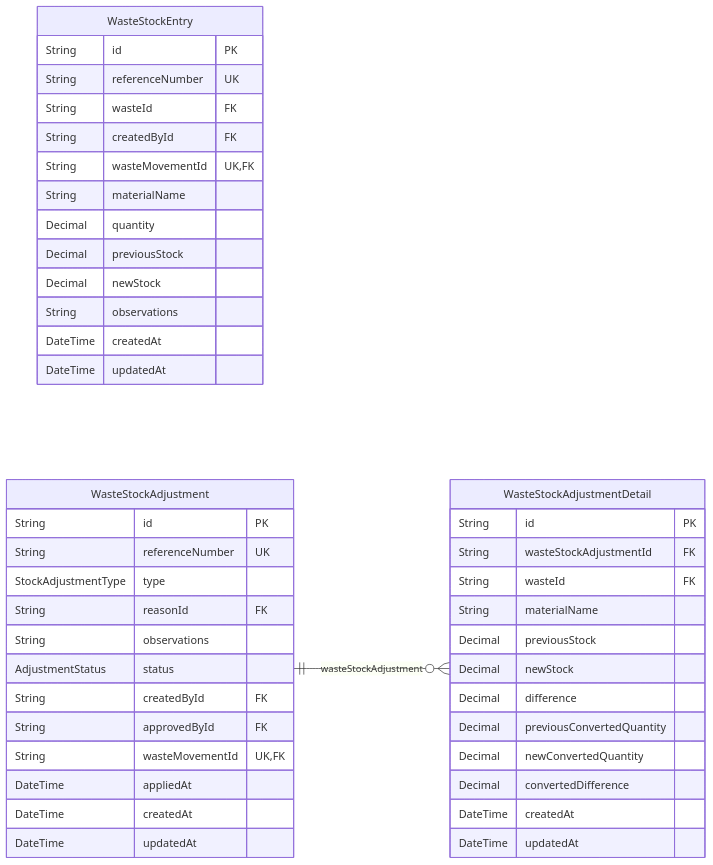
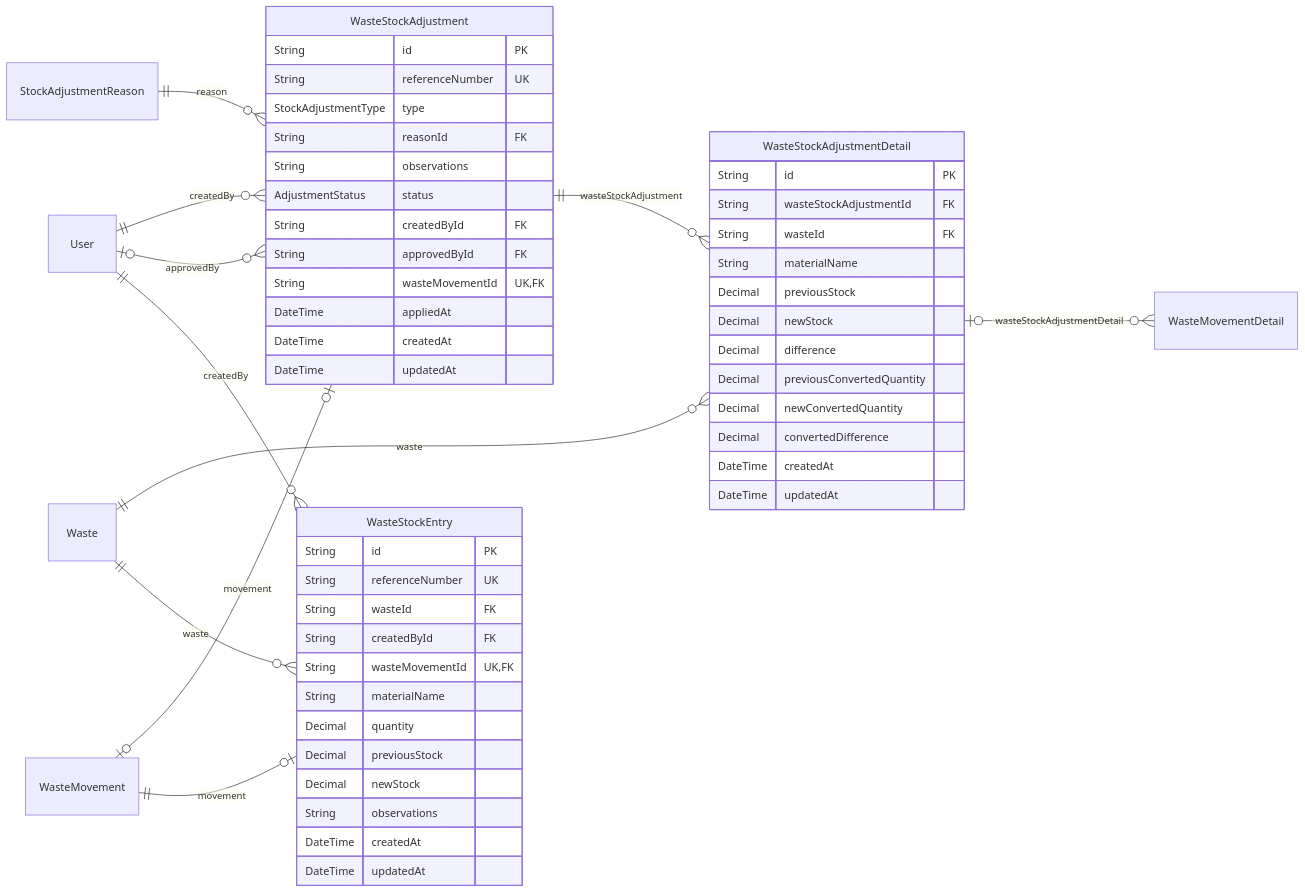
One commit to gpgsistemas01/nexus changed diagram 14 of 26 in docs/architecture/views/logical/data-and-persistence/generated/database-schema.md. Above: the diagram before and after it, drawn with Mermaid. The commit also changed other lines of this file and 3 other files, not shown here.

Commit message:
docs: corregir relaciones del ER y retirar capturas pendientes

````diff
--- a/docs/architecture/views/logical/data-and-persistence/generated/database-schema.md
+++ b/docs/architecture/views/logical/data-and-persistence/generated/database-schema.md
@@ -517,47 +661,56 @@
 ```mermaid
 erDiagram
     direction LR
     WasteStockEntry {
         String id PK
         String referenceNumber UK
         String wasteId FK
         String createdById FK
         String wasteMovementId UK,FK
         String materialName
         Decimal quantity
         Decimal previousStock
         Decimal newStock
         String observations
         DateTime createdAt
         DateTime updatedAt
     }
     WasteStockAdjustment {
         String id PK
         String referenceNumber UK
         StockAdjustmentType type
         String reasonId FK
         String observations
         AdjustmentStatus status
         String createdById FK
         String approvedById FK
         String wasteMovementId UK,FK
         DateTime appliedAt
         DateTime createdAt
         DateTime updatedAt
     }
     WasteStockAdjustmentDetail {
         String id PK
         String wasteStockAdjustmentId FK
         String wasteId FK
         String materialName
         Decimal previousStock
         Decimal newStock
         Decimal difference
         Decimal previousConvertedQuantity
         Decimal newConvertedQuantity
         Decimal convertedDifference
         DateTime createdAt
         DateTime updatedAt
     }
+    StockAdjustmentReason ||--o{ WasteStockAdjustment : "reason"
+    User ||--o{ WasteStockAdjustment : "createdBy"
+    User o|--o{ WasteStockAdjustment : "approvedBy"
+    WasteMovement o|--o| WasteStockAdjustment : "movement"
     WasteStockAdjustment ||--o{ WasteStockAdjustmentDetail : "wasteStockAdjustment"
+    Waste ||--o{ WasteStockAdjustmentDetail : "waste"
+    Waste ||--o{ WasteStockEntry : "waste"
+    User ||--o{ WasteStockEntry : "createdBy"
+    WasteMovement ||--o| WasteStockEntry : "movement"
+    WasteStockAdjustmentDetail o|--o{ WasteMovementDetail : "wasteStockAdjustmentDetail"
 ```
````
